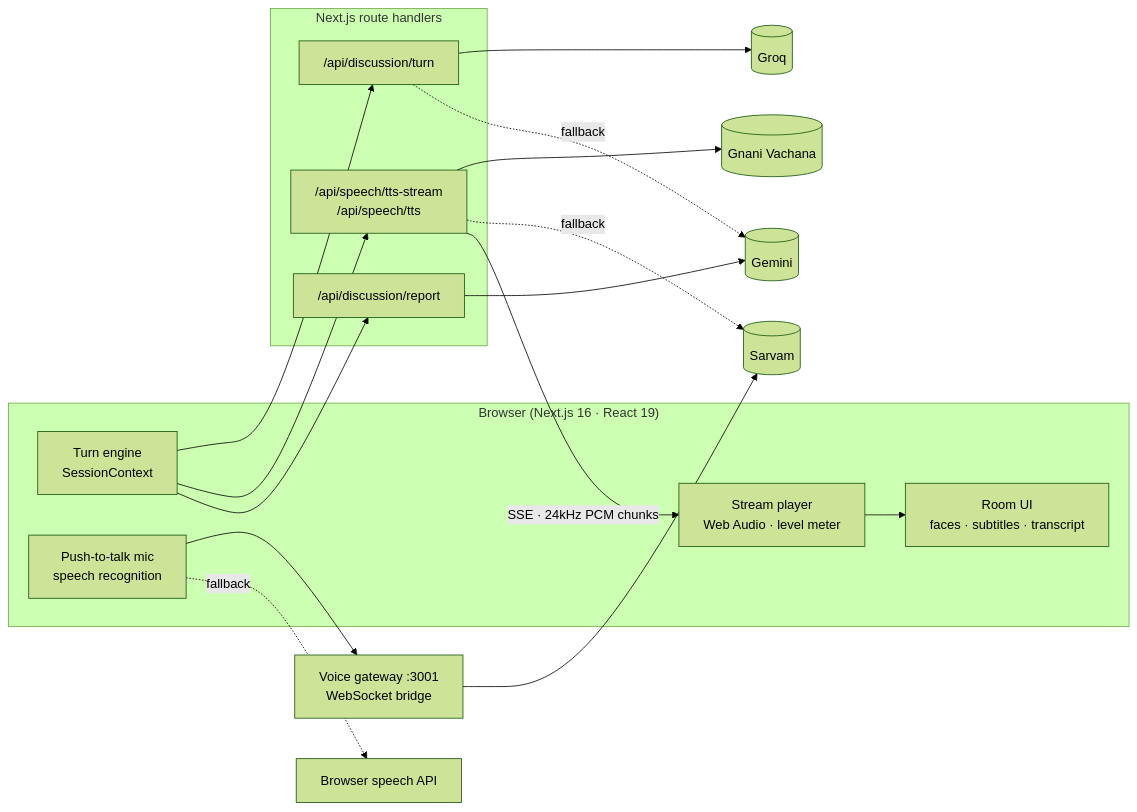
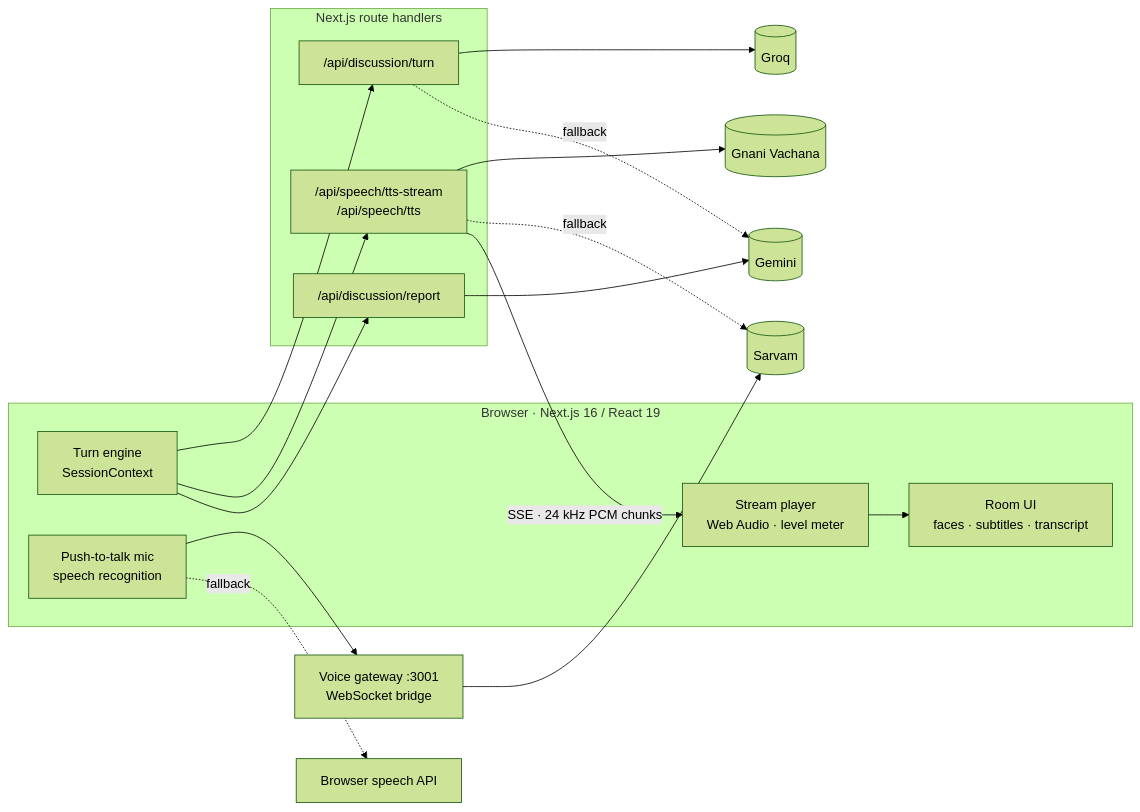
One commit to at9501264-stack/Azisly.ai changed the fourth of 5 diagrams in README.md. Above: the diagram before and after it, drawn with Mermaid (forest theme). The commit also changed other lines of this file and 34 other files, not shown here.

First line of the commit message:
docs: complete README with real screenshots and architecture; remove unused files

````diff
--- a/README.md
+++ b/README.md
@@ -104,31 +270,31 @@
 ```mermaid
 flowchart LR
-    subgraph Browser["Browser (Next.js 16 · React 19)"]
+    subgraph Browser["Browser · Next.js 16 / React 19"]
         UI["Room UI<br/>faces · subtitles · transcript"]
         Engine["Turn engine<br/>SessionContext"]
         Player["Stream player<br/>Web Audio · level meter"]
         Mic["Push-to-talk mic<br/>speech recognition"]
     end
 
     subgraph Server["Next.js route handlers"]
         Turn["/api/discussion/turn"]
         TTS["/api/speech/tts-stream<br/>/api/speech/tts"]
         Report["/api/discussion/report"]
     end
 
     Gateway["Voice gateway :3001<br/>WebSocket bridge"]
 
     Groq[("Groq")]
     Gemini[("Gemini")]
     Gnani[("Gnani Vachana")]
     Sarvam[("Sarvam")]
 
     Engine --> Turn --> Groq
     Turn -.fallback.-> Gemini
     Engine --> TTS --> Gnani
     TTS -.fallback.-> Sarvam
-    TTS -- "SSE · 24kHz PCM chunks" --> Player --> UI
+    TTS -- "SSE · 24 kHz PCM chunks" --> Player --> UI
     Mic --> Gateway --> Sarvam
     Mic -.fallback.-> WebSpeech["Browser speech API"]
     Engine --> Report --> Gemini
 ```
````
